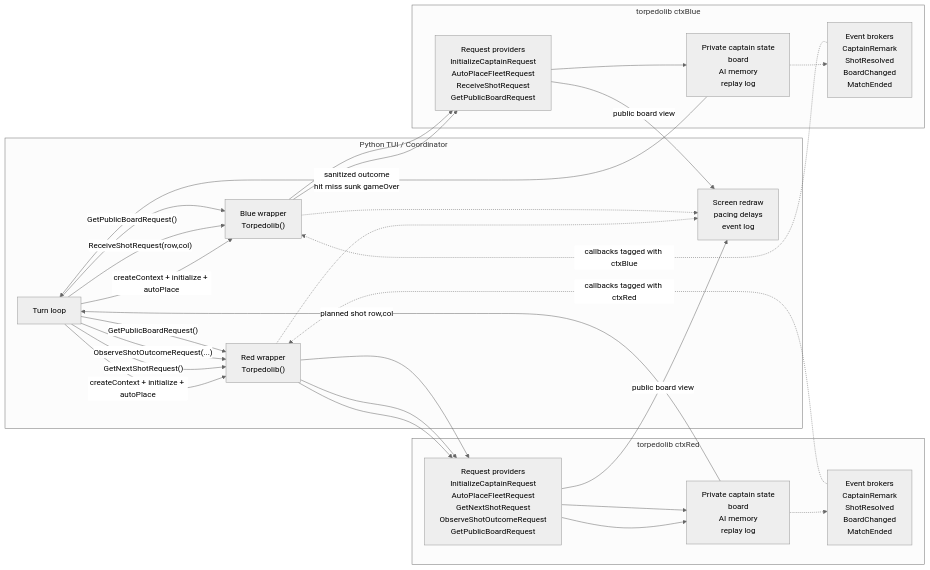
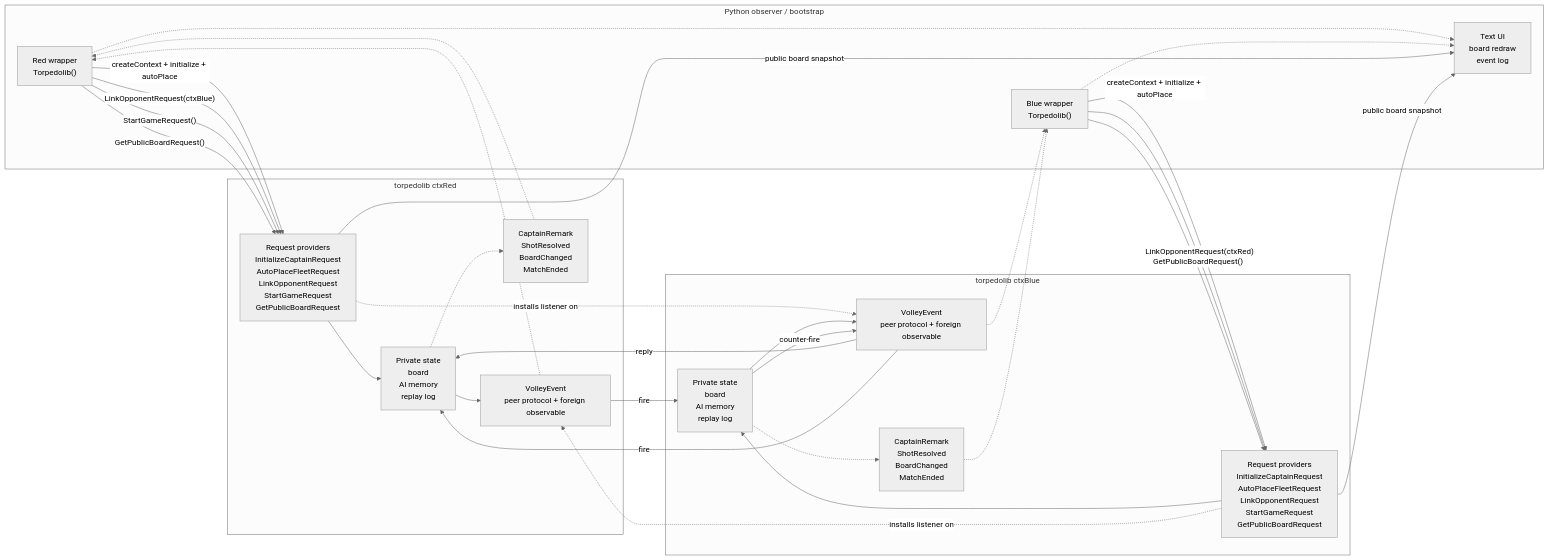
One commit to NagyZoltanPeter/nim-brokers changed the diagram in examples/torpedo/DESIGN.md. Above: the diagram before and after it, drawn with Mermaid (neutral theme). The commit also changed other lines of this file and 5 other files, not shown here.

Commit message:
Redesigned torpedo game logic and event layout, backendd instances can communicate each other through events while py app can observ.

````diff
--- a/examples/torpedo/DESIGN.md
+++ b/examples/torpedo/DESIGN.md
@@ -67,52 +66,57 @@
 ```mermaid
 flowchart LR
-  subgraph App["Python TUI / Coordinator"]
-    UI["Screen redraw\npacing delays\nevent log"]
-    Loop["Turn loop"]
-    RedWrap["Red wrapper\nTorpedolib()"]
-    BlueWrap["Blue wrapper\nTorpedolib()"]
+  subgraph App["Python observer / bootstrap"]
+    PyUI["Text UI\nboard redraw\nevent log"]
+    RedPy["Red wrapper\nTorpedolib()"]
+    BluePy["Blue wrapper\nTorpedolib()"]
   end
 
   subgraph RedCtx["torpedolib ctxRed"]
-    RedReq["Request providers\nInitializeCaptainRequest\nAutoPlaceFleetRequest\nGetNextShotRequest\nObserveShotOutcomeRequest\nGetPublicBoardRequest"]
-    RedState["Private captain state\nboard\nAI memory\nreplay log"]
-    RedEvt["Event brokers\nCaptainRemark\nShotResolved\nBoardChanged\nMatchEnded"]
+    RedReq["Request providers\nInitializeCaptainRequest\nAutoPlaceFleetRequest\nLinkOpponentRequest\nStartGameRequest\nGetPublicBoardRequest"]
+    RedState["Private state\nboard\nAI memory\nreplay log"]
+    RedVolley["VolleyEvent\npeer protocol + foreign observable"]
+    RedObs["CaptainRemark\nShotResolved\nBoardChanged\nMatchEnded"]
   end
 
   subgraph BlueCtx["torpedolib ctxBlue"]
-    BlueReq["Request providers\nInitializeCaptainRequest\nAutoPlaceFleetRequest\nReceiveShotRequest\nGetPublicBoardRequest"]
-    BlueState["Private captain state\nboard\nAI memory\nreplay log"]
-    BlueEvt["Event brokers\nCaptainRemark\nShotResolved\nBoardChanged\nMatchEnded"]
+    BlueReq["Request providers\nInitializeCaptainRequest\nAutoPlaceFleetRequest\nLinkOpponentRequest\nStartGameRequest\nGetPublicBoardRequest"]
+    BlueState["Private state\nboard\nAI memory\nreplay log"]
+    BlueVolley["VolleyEvent\npeer protocol + foreign observable"]
+    BlueObs["CaptainRemark\nShotResolved\nBoardChanged\nMatchEnded"]
   end
 
-  Loop -->|"createContext + initialize + autoPlace"| RedWrap
-  Loop -->|"createContext + initialize + autoPlace"| BlueWrap
+  RedPy -->|"createContext + initialize + autoPlace"| RedReq
+  BluePy -->|"createContext + initialize + autoPlace"| BlueReq
 
-  Loop -->|"GetNextShotRequest()"| RedWrap
-  RedWrap --> RedReq
+  RedPy -->|"LinkOpponentRequest(ctxBlue)"| RedReq
+  BluePy -->|"LinkOpponentRequest(ctxRed)"| BlueReq
+
   RedReq --> RedState
-  RedState -->|"planned shot row,col"| Loop
+  BlueReq --> BlueState
 
-  Loop -->|"ReceiveShotRequest(row,col)"| BlueWrap
-  BlueWrap --> BlueReq
-  BlueReq --> BlueState
-  BlueState -->|"sanitized outcome\nhit miss sunk gameOver"| Loop
+  RedReq -. installs listener on .-> BlueVolley
+  BlueReq -. installs listener on .-> RedVolley
 
-  Loop -->|"ObserveShotOutcomeRequest(...)"| RedWrap
-  RedWrap --> RedReq
-  RedReq --> RedState
+  RedPy -->|"StartGameRequest()"| RedReq
 
-  Loop -->|"GetPublicBoardRequest()"| RedWrap
-  Loop -->|"GetPublicBoardRequest()"| BlueWrap
-  RedWrap --> RedReq
-  BlueWrap --> BlueReq
-  RedReq -->|"public board view"| UI
-  BlueReq -->|"public board view"| UI
+  RedState --> RedVolley
+  RedVolley -->|"fire"| BlueState
+  BlueState --> BlueVolley
+  BlueVolley -->|"reply"| RedState
+  BlueState -->|"counter-fire"| BlueVolley
+  BlueVolley -->|"fire"| RedState
 
-  RedState -.-> RedEvt
-  BlueState -.-> BlueEvt
-  RedEvt -.->|"callbacks tagged with ctxRed"| RedWrap
-  BlueEvt -.->|"callbacks tagged with ctxBlue"| BlueWrap
-  RedWrap -.-> UI
-  BlueWrap -.-> UI
+  RedState -.-> RedObs
+  BlueState -.-> BlueObs
+  RedVolley -.-> RedPy
+  BlueVolley -.-> BluePy
+  RedObs -.-> RedPy
+  BlueObs -.-> BluePy
+  RedPy -.-> PyUI
+  BluePy -.-> PyUI
+
+  RedPy -->|"GetPublicBoardRequest()"| RedReq
+  BluePy -->|"GetPublicBoardRequest()"| BlueReq
+  RedReq -->|"public board snapshot"| PyUI
+  BlueReq -->|"public board snapshot"| PyUI
 ```
````
